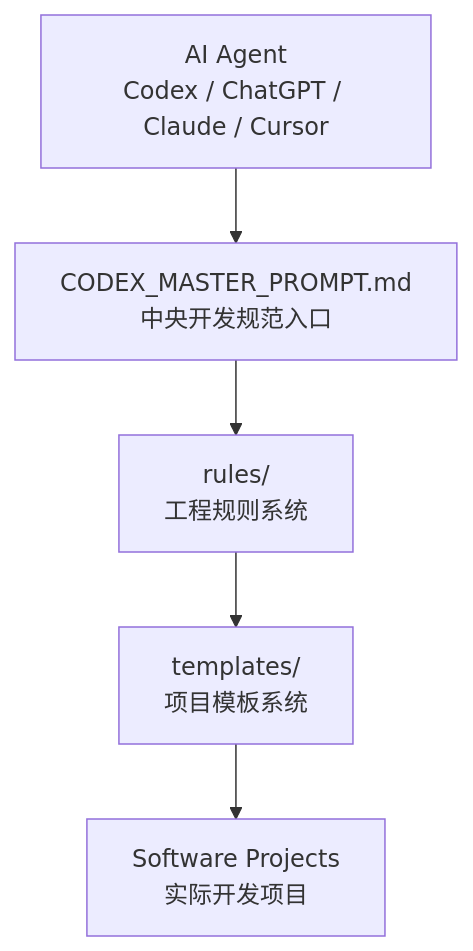
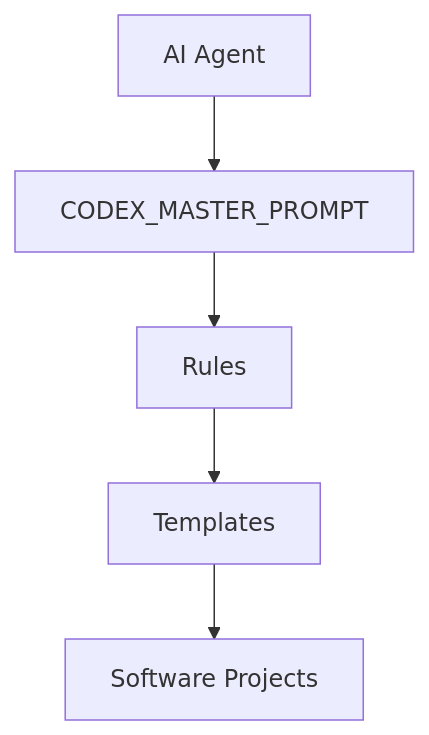
Before and after one commit to LinksOnlining/Codex-Development-Framework: the first of 2 diagrams in README.md, drawn with Mermaid. The commit also changed other lines of this file, not shown here.

````diff
--- a/README.md
+++ b/README.md
@@ -154,18 +84,18 @@
 ```mermaid
 graph TD
 
-A[AI Agent<br/>Codex / ChatGPT / Claude / Cursor]
+A[AI Agent]
 
-B[CODEX_MASTER_PROMPT.md<br/>中央开发规范入口]
+B[CODEX_MASTER_PROMPT]
 
-C[rules/<br/>工程规则系统]
+C[Rules]
 
-D[templates/<br/>项目模板系统]
+D[Templates]
 
-E[Software Projects<br/>实际开发项目]
+E[Software Projects]
 
 A --> B
 B --> C
 C --> D
 D --> E
 ```
````
